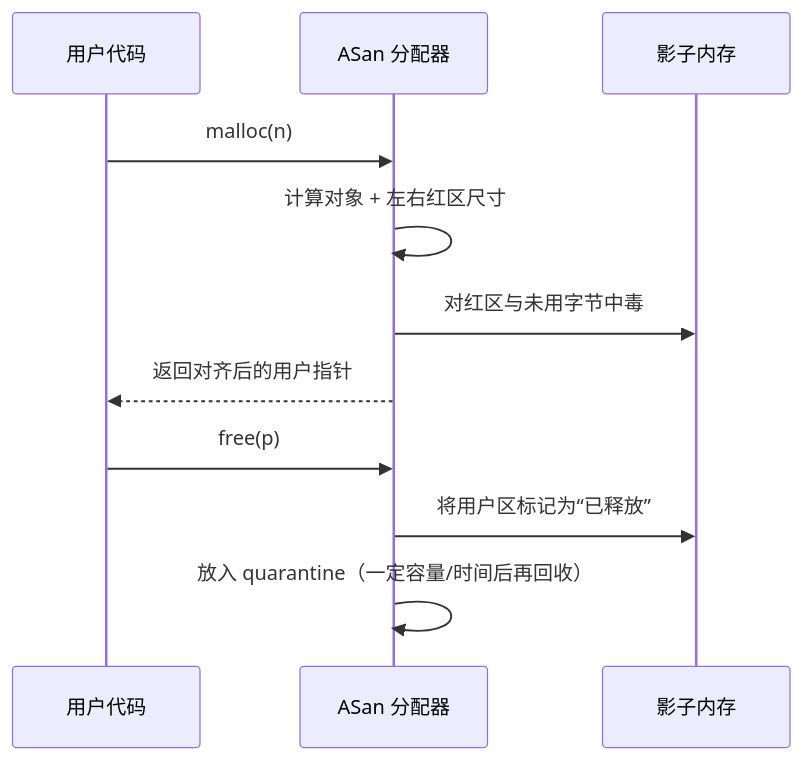
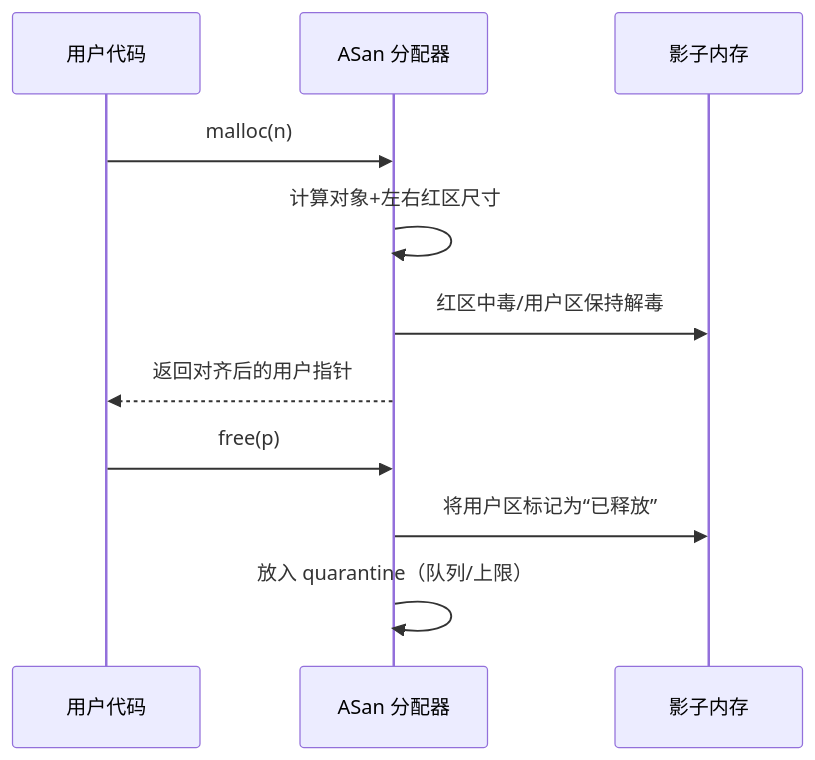
The seventh of 7 diagrams in MemSafety/ASan.md (comsoftWHU/comsoftwhu.github.io), drawn with Mermaid before and after one commit. The commit also changed other lines of this file and 1 other file, not shown here.

````diff
--- a/MemSafety/ASan.md
+++ b/MemSafety/ASan.md
@@ -132,15 +200,15 @@
 ```mermaid
 sequenceDiagram
   participant User as 用户代码
   participant Alloc as ASan 分配器
   participant Shadow as 影子内存
 
   User->>Alloc: malloc(n)
-  Alloc->>Alloc: 计算对象 + 左右红区尺寸
-  Alloc->>Shadow: 对红区与未用字节中毒
+  Alloc->>Alloc: 计算对象+左右红区尺寸
+  Alloc->>Shadow: 红区中毒/用户区保持解毒
   Alloc-->>User: 返回对齐后的用户指针
 
   User->>Alloc: free(p)
   Alloc->>Shadow: 将用户区标记为“已释放”
-  Alloc->>Alloc: 放入 quarantine（一定容量/时间后再回收）
+  Alloc->>Alloc: 放入 quarantine（队列/上限）
 ```
````
